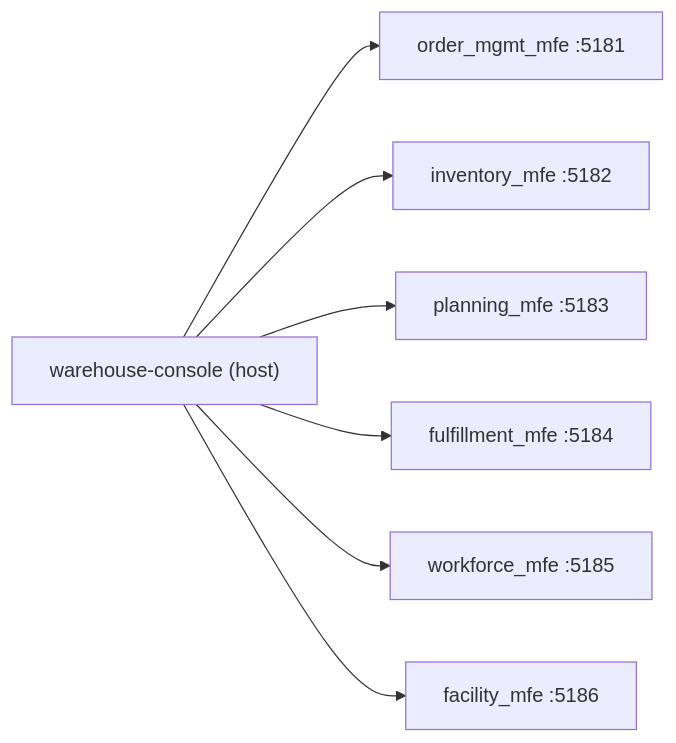
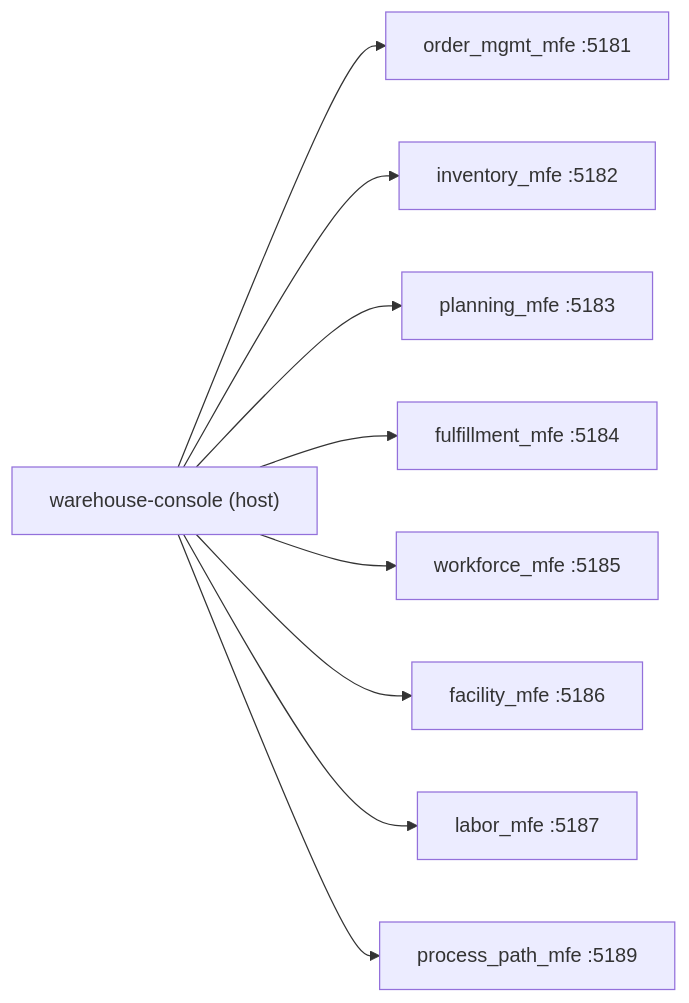
The diagram in docs/docs/architecture/module-federation.md (claudioed/warehouse-console), drawn with Mermaid before and after one commit. The commit also changed other lines of this file and 7 other files, not shown here.

````diff
--- a/docs/docs/architecture/module-federation.md
+++ b/docs/docs/architecture/module-federation.md
@@ -13,17 +13,21 @@
 ```mermaid
 graph LR
   Console["warehouse-console (host)"]
   Orders["order_mgmt_mfe :5181"]
   Inventory["inventory_mfe :5182"]
   Planning["planning_mfe :5183"]
   Fulfillment["fulfillment_mfe :5184"]
   Workforce["workforce_mfe :5185"]
   Facility["facility_mfe :5186"]
+  Labor["labor_mfe :5187"]
+  ProcessPath["process_path_mfe :5189"]
 
   Console --> Orders
   Console --> Inventory
   Console --> Planning
   Console --> Fulfillment
   Console --> Workforce
   Console --> Facility
+  Console --> Labor
+  Console --> ProcessPath
 ```
````
